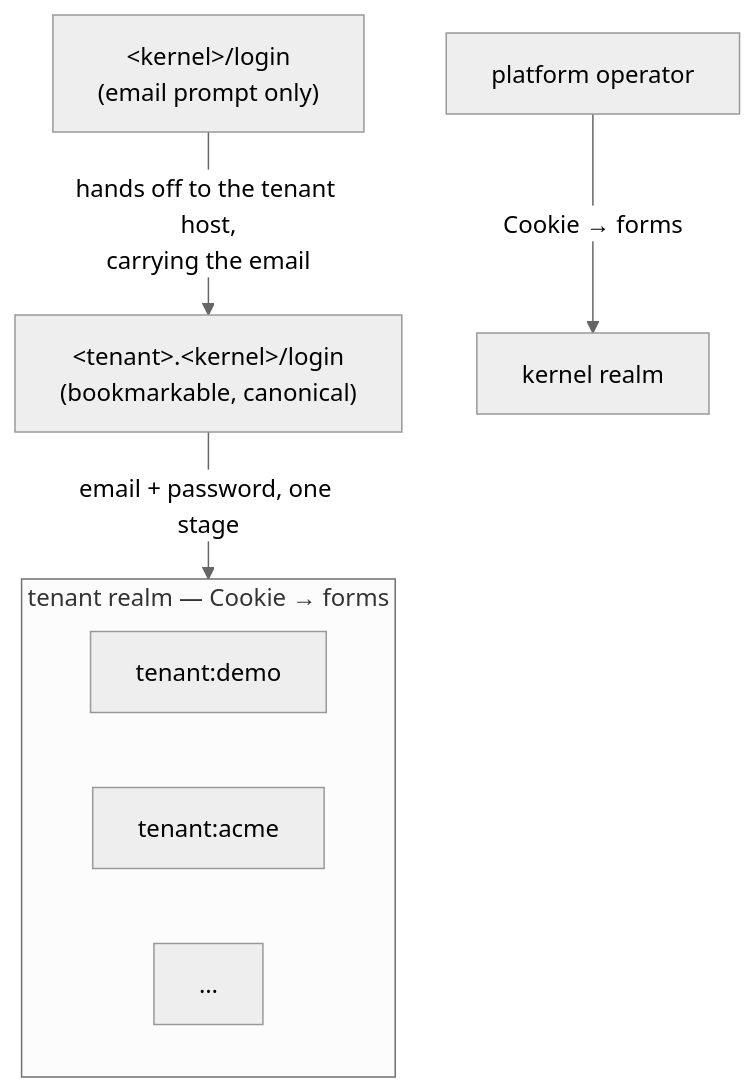
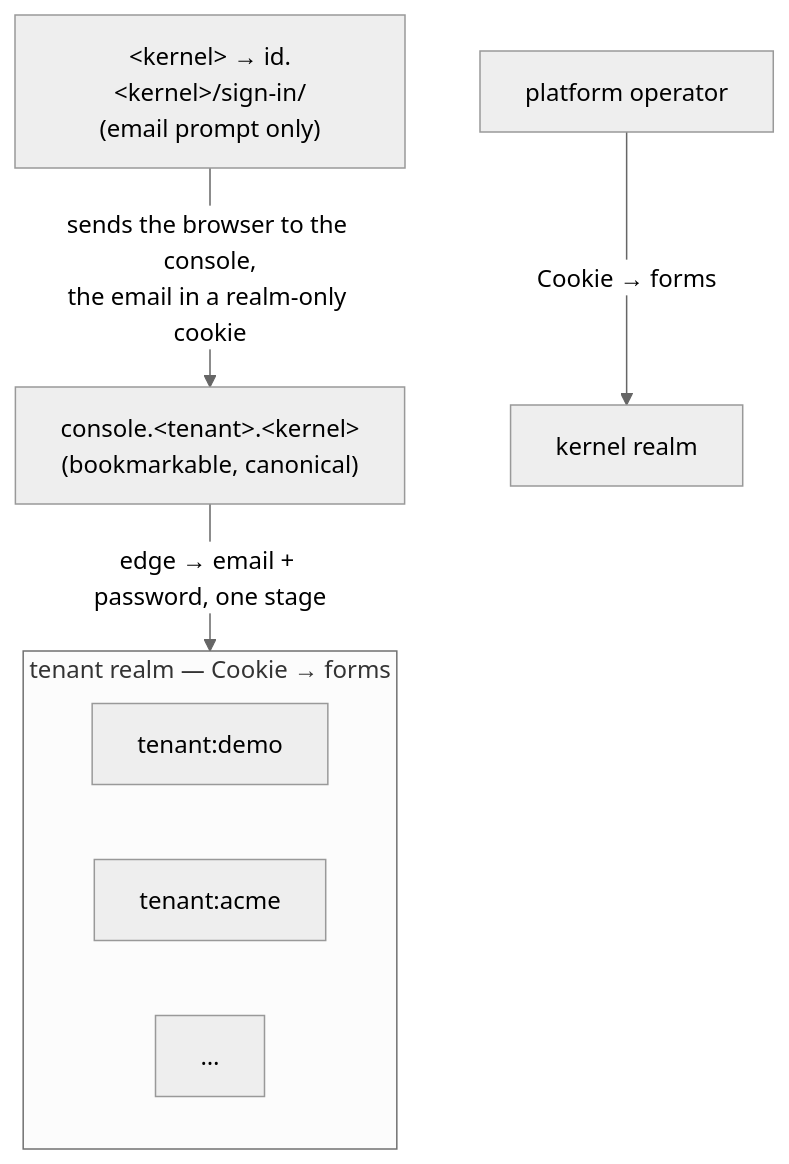
The first of 2 diagrams in docs/design/admin-console.md (gentian-org/gentian-os), drawn with Mermaid (neutral theme) before and after one commit. The commit also changed other lines of this file and 5 other files, not shown here.

````diff
--- a/docs/design/admin-console.md
+++ b/docs/design/admin-console.md
@@ -91,17 +91,17 @@
 ```mermaid
 flowchart TD
-    TenantHost["&lt;tenant&gt;.&lt;kernel&gt;/login<br>(bookmarkable, canonical)"]
-    Apex["&lt;kernel&gt;/login<br>(email prompt only)"]
+    TenantHost["console.&lt;tenant&gt;.&lt;kernel&gt;<br>(bookmarkable, canonical)"]
+    Apex["&lt;kernel&gt; → id.&lt;kernel&gt;/sign-in/<br>(email prompt only)"]
 
-    TenantHost -->|"email + password, one stage"| TenantRealm
-    Apex -->|"hands off to the tenant host,<br>carrying the email"| TenantHost
+    TenantHost -->|"edge → email + password, one stage"| TenantRealm
+    Apex -->|"sends the browser to the console,<br>the email in a realm-only cookie"| TenantHost
 
     subgraph TenantRealm ["tenant realm — Cookie → forms"]
         direction LR
         TenantDemo["tenant:demo"]
         TenantAcme["tenant:acme"]
         TenantOthers["…"]
     end
 
     Ops["platform operator"] -->|"Cookie → forms"| KernelRealm["kernel realm"]
 ```
````
